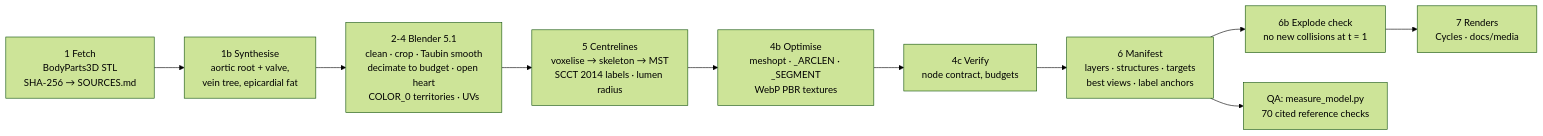
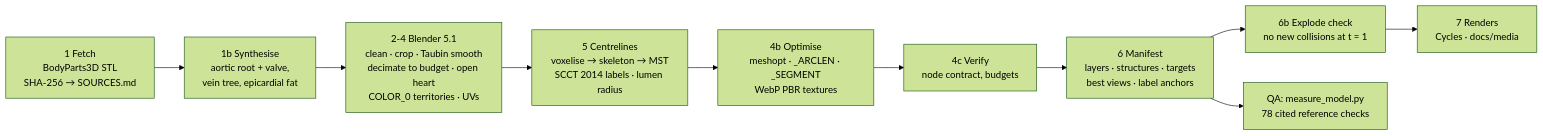
Before and after one commit to Mohammad-Umar7/CardioTwin: the third of 3 diagrams in docs/ARCHITECTURE.md, drawn with Mermaid (forest theme). The commit also changed other lines of this file and 5 other files, not shown here.

Commit message:
docs: report the published round-3 anatomy (60 of 78 cited checks, 7.7 MB, ~408k triangles) and refresh the PDF

````diff
--- a/docs/ARCHITECTURE.md
+++ b/docs/ARCHITECTURE.md
@@ -137,12 +137,12 @@
 ```mermaid
 flowchart LR
     F["1 Fetch<br/>BodyParts3D STL<br/>SHA-256 → SOURCES.md"] --> SY["1b Synthesise<br/>aortic root + valve,<br/>vein tree, epicardial fat"]
     SY --> BL["2-4 Blender 5.1<br/>clean · crop · Taubin smooth<br/>decimate to budget · open heart<br/>COLOR_0 territories · UVs"]
     BL --> CL["5 Centrelines<br/>voxelise → skeleton → MST<br/>SCCT 2014 labels · lumen radius"]
     CL --> OP["4b Optimise<br/>meshopt · _ARCLEN · _SEGMENT<br/>WebP PBR textures"]
     OP --> VF["4c Verify<br/>node contract, budgets"]
     VF --> MF["6 Manifest<br/>layers · structures · targets<br/>best views · label anchors"]
     MF --> EX["6b Explode check<br/>no new collisions at t = 1"]
     EX --> R["7 Renders<br/>Cycles · docs/media"]
-    MF --> QA["QA: measure_model.py<br/>70 cited reference checks"]
+    MF --> QA["QA: measure_model.py<br/>78 cited reference checks"]
 ```
````
